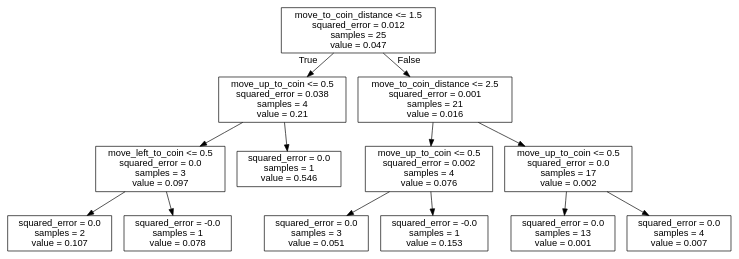
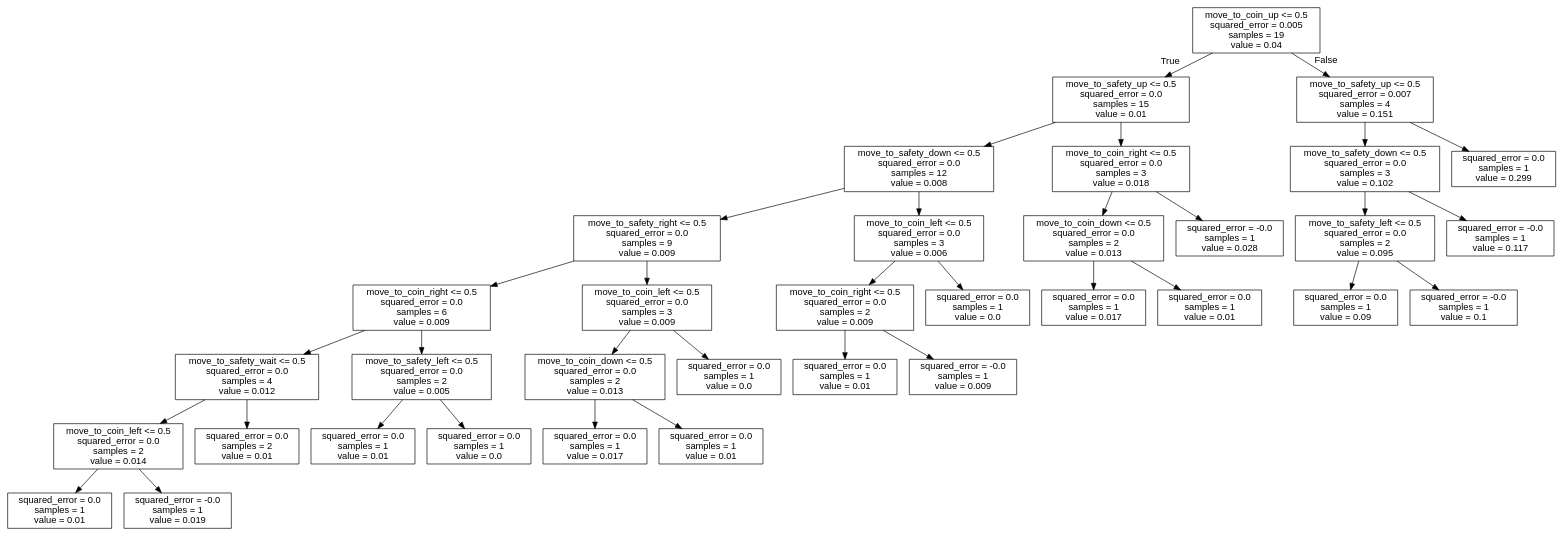
Before and after one commit to J-Gann/FML: the diagram in bomberman_rl/agent_code/my_agent/trees/UP.dot, drawn with Graphviz. The commit also changed 9 other files, not shown here.

```diff
--- a/bomberman_rl/agent_code/my_agent/trees/UP.dot
+++ b/bomberman_rl/agent_code/my_agent/trees/UP.dot
@@ -1,29 +1,73 @@
 digraph Tree {
 node [shape=box, fontname="helvetica"] ;
 edge [fontname="helvetica"] ;
-0 [label="move_to_coin_distance <= 1.5\nsquared_error = 0.012\nsamples = 25\nvalue = 0.047"] ;
-1 [label="move_up_to_coin <= 0.5\nsquared_error = 0.038\nsamples = 4\nvalue = 0.21"] ;
+0 [label="move_to_coin_up <= 0.5\nsquared_error = 0.005\nsamples = 19\nvalue = 0.04"] ;
+1 [label="move_to_safety_up <= 0.5\nsquared_error = 0.0\nsamples = 15\nvalue = 0.01"] ;
 0 -> 1 [labeldistance=2.5, labelangle=45, headlabel="True"] ;
-2 [label="move_left_to_coin <= 0.5\nsquared_error = 0.0\nsamples = 3\nvalue = 0.097"] ;
+2 [label="move_to_safety_down <= 0.5\nsquared_error = 0.0\nsamples = 12\nvalue = 0.008"] ;
 1 -> 2 ;
-3 [label="squared_error = 0.0\nsamples = 2\nvalue = 0.107"] ;
+3 [label="move_to_safety_right <= 0.5\nsquared_error = 0.0\nsamples = 9\nvalue = 0.009"] ;
 2 -> 3 ;
-4 [label="squared_error = -0.0\nsamples = 1\nvalue = 0.078"] ;
-2 -> 4 ;
-5 [label="squared_error = 0.0\nsamples = 1\nvalue = 0.546"] ;
-1 -> 5 ;
-6 [label="move_to_coin_distance <= 2.5\nsquared_error = 0.001\nsamples = 21\nvalue = 0.016"] ;
-0 -> 6 [labeldistance=2.5, labelangle=-45, headlabel="False"] ;
-7 [label="move_up_to_coin <= 0.5\nsquared_error = 0.002\nsamples = 4\nvalue = 0.076"] ;
+4 [label="move_to_coin_right <= 0.5\nsquared_error = 0.0\nsamples = 6\nvalue = 0.009"] ;
+3 -> 4 ;
+5 [label="move_to_safety_wait <= 0.5\nsquared_error = 0.0\nsamples = 4\nvalue = 0.012"] ;
+4 -> 5 ;
+6 [label="move_to_coin_left <= 0.5\nsquared_error = 0.0\nsamples = 2\nvalue = 0.014"] ;
+5 -> 6 ;
+7 [label="squared_error = 0.0\nsamples = 1\nvalue = 0.01"] ;
 6 -> 7 ;
-8 [label="squared_error = 0.0\nsamples = 3\nvalue = 0.051"] ;
-7 -> 8 ;
-9 [label="squared_error = -0.0\nsamples = 1\nvalue = 0.153"] ;
-7 -> 9 ;
-10 [label="move_up_to_coin <= 0.5\nsquared_error = 0.0\nsamples = 17\nvalue = 0.002"] ;
-6 -> 10 ;
-11 [label="squared_error = 0.0\nsamples = 13\nvalue = 0.001"] ;
+8 [label="squared_error = -0.0\nsamples = 1\nvalue = 0.019"] ;
+6 -> 8 ;
+9 [label="squared_error = 0.0\nsamples = 2\nvalue = 0.01"] ;
+5 -> 9 ;
+10 [label="move_to_safety_left <= 0.5\nsquared_error = 0.0\nsamples = 2\nvalue = 0.005"] ;
+4 -> 10 ;
+11 [label="squared_error = 0.0\nsamples = 1\nvalue = 0.01"] ;
 10 -> 11 ;
-12 [label="squared_error = 0.0\nsamples = 4\nvalue = 0.007"] ;
+12 [label="squared_error = 0.0\nsamples = 1\nvalue = 0.0"] ;
 10 -> 12 ;
+13 [label="move_to_coin_left <= 0.5\nsquared_error = 0.0\nsamples = 3\nvalue = 0.009"] ;
+3 -> 13 ;
+14 [label="move_to_coin_down <= 0.5\nsquared_error = 0.0\nsamples = 2\nvalue = 0.013"] ;
+13 -> 14 ;
+15 [label="squared_error = 0.0\nsamples = 1\nvalue = 0.017"] ;
+14 -> 15 ;
+16 [label="squared_error = 0.0\nsamples = 1\nvalue = 0.01"] ;
+14 -> 16 ;
+17 [label="squared_error = 0.0\nsamples = 1\nvalue = 0.0"] ;
+13 -> 17 ;
+18 [label="move_to_coin_left <= 0.5\nsquared_error = 0.0\nsamples = 3\nvalue = 0.006"] ;
+2 -> 18 ;
+19 [label="move_to_coin_right <= 0.5\nsquared_error = 0.0\nsamples = 2\nvalue = 0.009"] ;
+18 -> 19 ;
+20 [label="squared_error = 0.0\nsamples = 1\nvalue = 0.01"] ;
+19 -> 20 ;
+21 [label="squared_error = -0.0\nsamples = 1\nvalue = 0.009"] ;
+19 -> 21 ;
+22 [label="squared_error = 0.0\nsamples = 1\nvalue = 0.0"] ;
+18 -> 22 ;
+23 [label="move_to_coin_right <= 0.5\nsquared_error = 0.0\nsamples = 3\nvalue = 0.018"] ;
+1 -> 23 ;
+24 [label="move_to_coin_down <= 0.5\nsquared_error = 0.0\nsamples = 2\nvalue = 0.013"] ;
+23 -> 24 ;
+25 [label="squared_error = 0.0\nsamples = 1\nvalue = 0.017"] ;
+24 -> 25 ;
+26 [label="squared_error = 0.0\nsamples = 1\nvalue = 0.01"] ;
+24 -> 26 ;
+27 [label="squared_error = -0.0\nsamples = 1\nvalue = 0.028"] ;
+23 -> 27 ;
+28 [label="move_to_safety_up <= 0.5\nsquared_error = 0.007\nsamples = 4\nvalue = 0.151"] ;
+0 -> 28 [labeldistance=2.5, labelangle=-45, headlabel="False"] ;
+29 [label="move_to_safety_down <= 0.5\nsquared_error = 0.0\nsamples = 3\nvalue = 0.102"] ;
+28 -> 29 ;
+30 [label="move_to_safety_left <= 0.5\nsquared_error = 0.0\nsamples = 2\nvalue = 0.095"] ;
+29 -> 30 ;
+31 [label="squared_error = 0.0\nsamples = 1\nvalue = 0.09"] ;
+30 -> 31 ;
+32 [label="squared_error = -0.0\nsamples = 1\nvalue = 0.1"] ;
+30 -> 32 ;
+33 [label="squared_error = -0.0\nsamples = 1\nvalue = 0.117"] ;
+29 -> 33 ;
+34 [label="squared_error = 0.0\nsamples = 1\nvalue = 0.299"] ;
+28 -> 34 ;
 }
```
